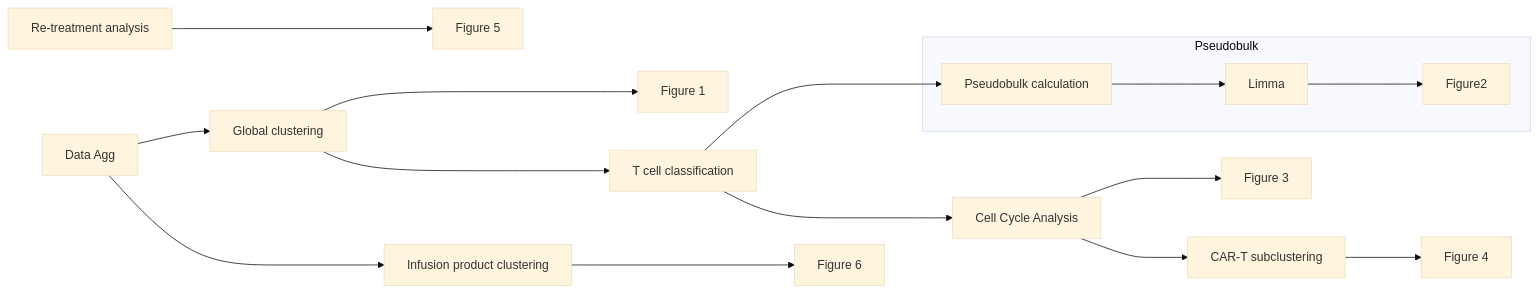
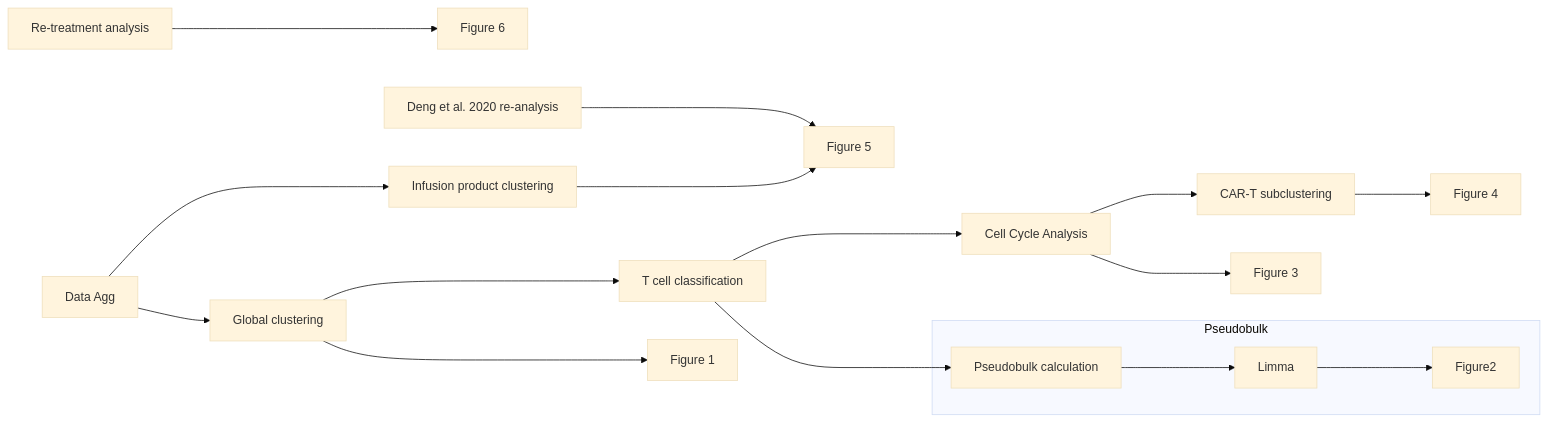
Before and after one commit to getzlab/Haradhvala_et_al_2022: the diagram in README.md, drawn with Mermaid (base theme).

````diff
--- a/README.md
+++ b/README.md
@@ -31,25 +31,26 @@
 ```mermaid
 flowchart LR
     agg[Data Agg] --> global[Global clustering]
     global ---> fig1[Figure 1]
 
     global ---> classification[T cell classification]
     classification ---> preppseudo[Pseudobulk calculation]
     
     subgraph ide1 [Pseudobulk]
     preppseudo ---> limma[Limma]
     limma ---> fig2[Figure2]
     end
 
     classification ---> cellcycle[Cell Cycle Analysis]
     cellcycle ---> fig3[Figure 3]
 
     cellcycle ---> subclust[CAR-T subclustering]
     subclust ---> fig4[Figure 4]
     
     agg ---> ip[Infusion product clustering]
-    ip ---> fig6[Figure 6]
+    ip ---> fig5[Figure 5]
+    deng[Deng et al. 2020 re-analysis] ---> fig5
     
-    retreat[Re-treatment analysis] ---> fig5[Figure 5]
+    retreat[Re-treatment analysis] ---> fig6[Figure 6]
 
 ```
````
